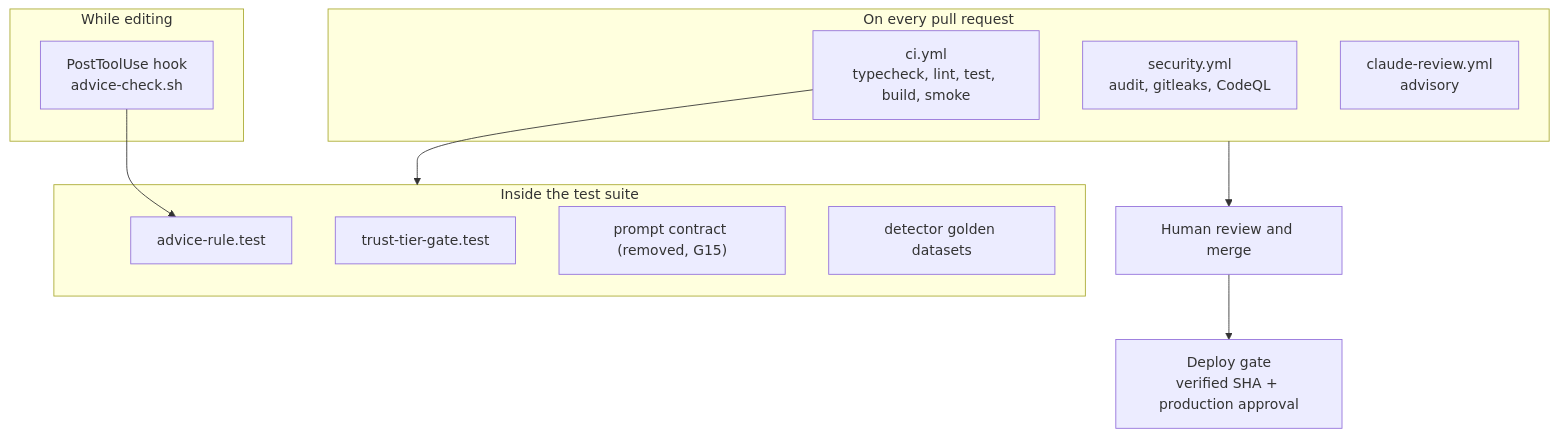
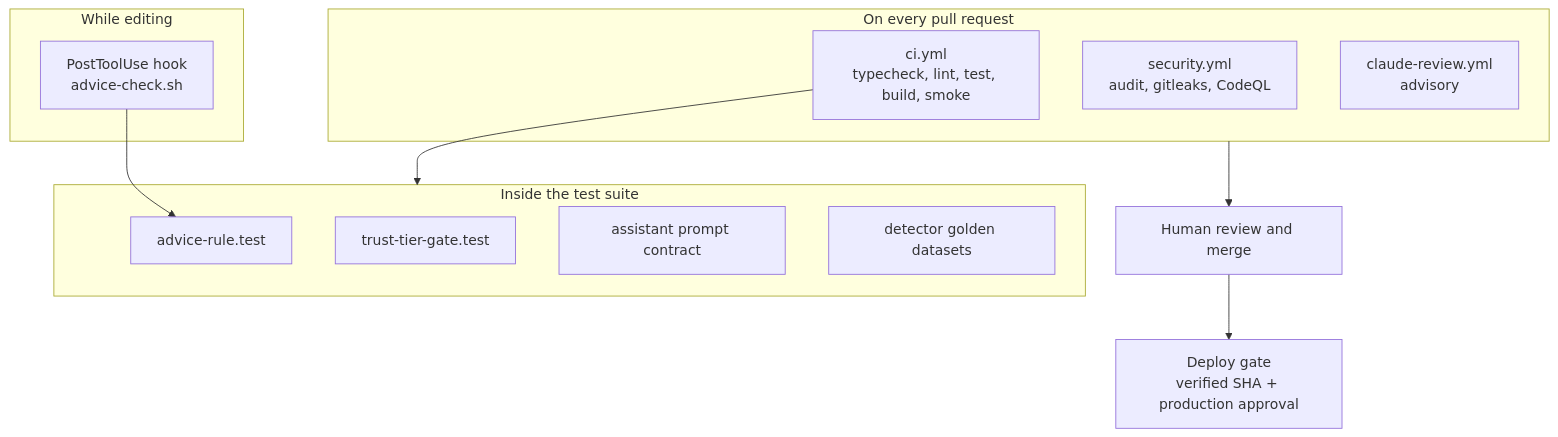
The third of 5 diagrams in docs/ai-native-sdlc-playbook.md (balureddy003/LifeKeel), drawn with Mermaid before and after one commit. The commit also changed other lines of this file and 4 other files, not shown here.

````diff
--- a/docs/ai-native-sdlc-playbook.md
+++ b/docs/ai-native-sdlc-playbook.md
@@ -187,21 +187,21 @@
 ```mermaid
 flowchart TB
   subgraph Edit["While editing"]
     H["PostToolUse hook<br/>advice-check.sh"]
   end
   subgraph PR["On every pull request"]
     CI["ci.yml<br/>typecheck, lint, test, build, smoke"]
     SEC["security.yml<br/>audit, gitleaks, CodeQL"]
     AI["claude-review.yml<br/>advisory"]
   end
   subgraph Tests["Inside the test suite"]
     AR["advice-rule.test"]
     TT["trust-tier-gate.test"]
-    PC["prompt contract (removed, G15)"]
+    PC["assistant prompt contract"]
     GD["detector golden datasets"]
   end
   H --> AR
   CI --> Tests
   PR --> HM["Human review and merge"]
   HM --> DG["Deploy gate<br/>verified SHA + production approval"]
 ```
````
